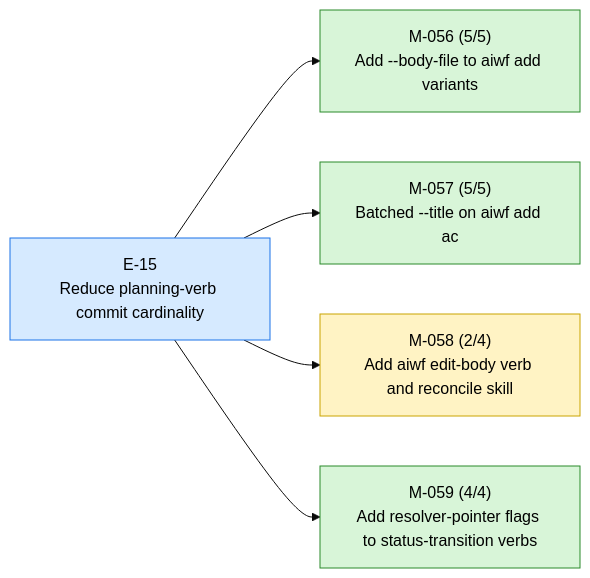
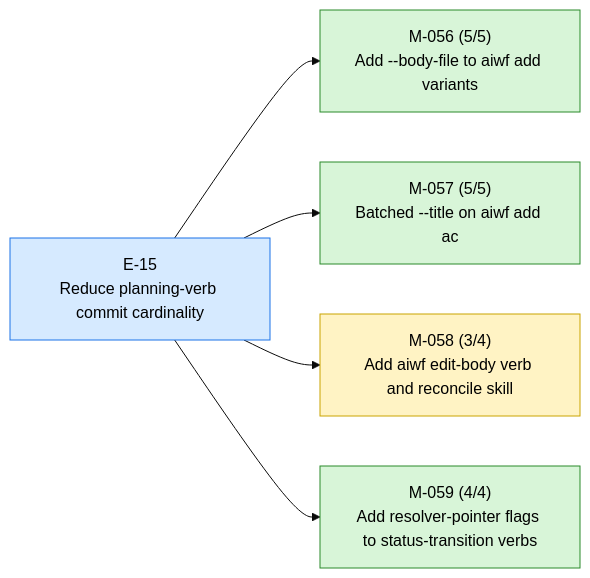
The first of 3 diagrams in STATUS.md (23min/aiwf), drawn with Mermaid (base theme) before and after one commit. The commit also changed other lines of this file and 1 other file, not shown here.

First line of the commit message:
aiwf promote M-058/AC-3 open -> met

````diff
--- a/STATUS.md
+++ b/STATUS.md
@@ -14,18 +14,18 @@
 ```mermaid
 flowchart LR
   E_15["E-15<br/>Reduce planning-verb commit cardinality"]:::epic_active
   M_056["M-056 (5/5)<br/>Add --body-file to aiwf add variants"]:::ms_done
   E_15 --> M_056
   M_057["M-057 (5/5)<br/>Batched --title on aiwf add ac"]:::ms_done
   E_15 --> M_057
-  M_058["M-058 (2/4)<br/>Add aiwf edit-body verb and reconcile skill"]:::ms_in_progress
+  M_058["M-058 (3/4)<br/>Add aiwf edit-body verb and reconcile skill"]:::ms_in_progress
   E_15 --> M_058
   M_059["M-059 (4/4)<br/>Add resolver-pointer flags to status-transition verbs"]:::ms_done
   E_15 --> M_059
   classDef epic_active fill:#d6eaff,stroke:#1a73e8,color:#000
   classDef epic_proposed fill:#f4f4f4,stroke:#888,color:#000
   classDef ms_done fill:#d8f5d8,stroke:#2a8a2a,color:#000
   classDef ms_in_progress fill:#fff3c4,stroke:#caa400,color:#000
   classDef ms_draft fill:#f4f4f4,stroke:#888,color:#000
   classDef ms_cancelled fill:#fbeaea,stroke:#c33,color:#000
 ```
````
